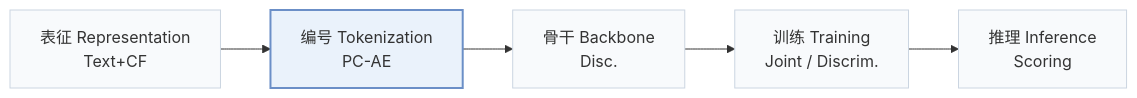
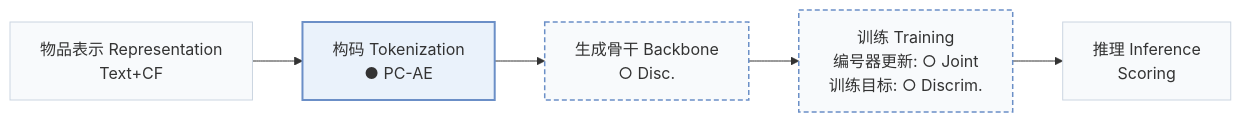
One commit to Galaxy-ghost/Awesome-SID-Generative-Rec changed the first of 2 diagrams in pages/zh/papers/pcr-ca.md. Above: the diagram before and after it, drawn with Mermaid. The commit also changed other lines of this file and 558 other files, not shown here.

````diff
--- a/pages/zh/papers/pcr-ca.md
+++ b/pages/zh/papers/pcr-ca.md
@@ -15,8 +18,10 @@
 ```mermaid
 flowchart LR
-    R["表征 Representation<br/>Text+CF"] --> T["编号 Tokenization<br/>PC-AE"] --> B["骨干 Backbone<br/>Disc."] --> TR["训练 Training<br/>Joint / Discrim."] --> I["推理 Inference<br/>Scoring"]
+    R["物品表示 Representation<br/>Text+CF"] --> T["构码 Tokenization<br/>● PC-AE"] --> B["生成骨干 Backbone<br/>○ Disc."] --> TR["训练 Training<br/>编号器更新: ○ Joint<br/>训练目标: ○ Discrim."] --> I["推理 Inference<br/>Scoring"]
     classDef base fill:#f8fafc,stroke:#cbd5e1
     class R,T,B,TR,I base
+    classDef other fill:#f8fafc,stroke:#6b8fc7,stroke-width:1.5px,stroke-dasharray:5 3
+    class B,TR other
     classDef main fill:#eaf2fb,stroke:#6b8fc7,stroke-width:2px
     class T main
 ```
````
